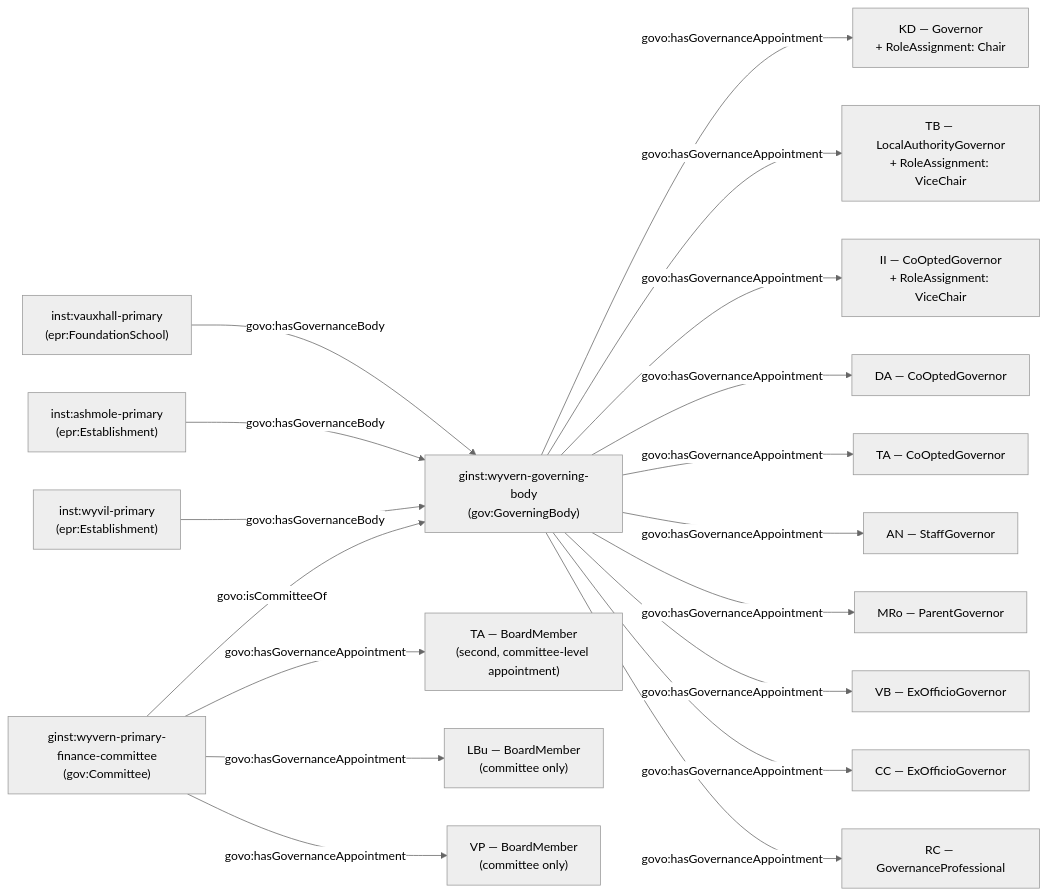
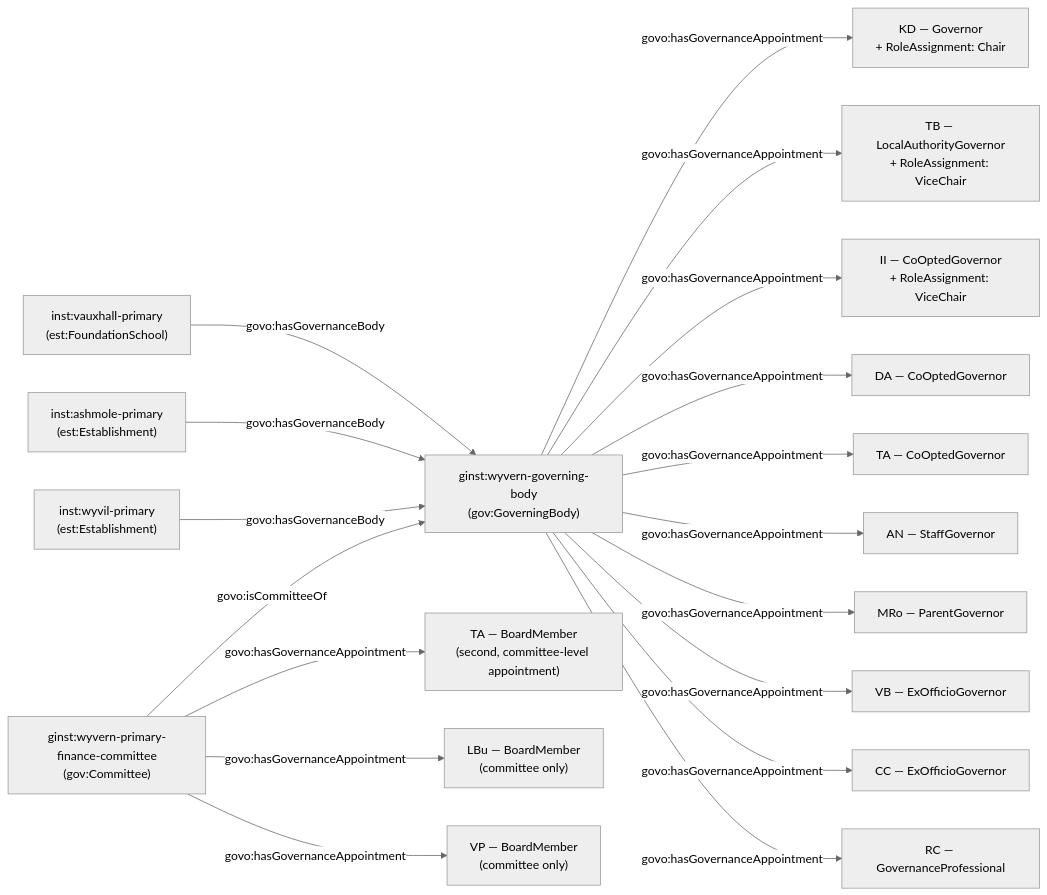
The second of 2 diagrams in docs-site/content/models/governance/worked-examples/vauxhall-primary/index.md (DFE-Digital/education-provider-registry-docs), drawn with Mermaid (neutral theme) before and after one commit. The commit also changed other lines of this file and 42 other files, not shown here.

````diff
--- a/docs-site/content/models/governance/worked-examples/vauxhall-primary/index.md
+++ b/docs-site/content/models/governance/worked-examples/vauxhall-primary/index.md
@@ -89,28 +89,28 @@
 ```mermaid
 flowchart LR
-    V["inst:vauxhall-primary<br/>(epr:FoundationSchool)"]
-    A["inst:ashmole-primary<br/>(epr:Establishment)"]
-    W["inst:wyvil-primary<br/>(epr:Establishment)"]
+    V["inst:vauxhall-primary<br/>(est:FoundationSchool)"]
+    A["inst:ashmole-primary<br/>(est:Establishment)"]
+    W["inst:wyvil-primary<br/>(est:Establishment)"]
     GB["ginst:wyvern-governing-body<br/>(gov:GoverningBody)"]
 
     V -->|govo:hasGovernanceBody| GB
     A -->|govo:hasGovernanceBody| GB
     W -->|govo:hasGovernanceBody| GB
 
     GB -->|govo:hasGovernanceAppointment| G1["KD — Governor<br/>+ RoleAssignment: Chair"]
     GB -->|govo:hasGovernanceAppointment| G2["TB — LocalAuthorityGovernor<br/>+ RoleAssignment: ViceChair"]
     GB -->|govo:hasGovernanceAppointment| G3["II — CoOptedGovernor<br/>+ RoleAssignment: ViceChair"]
     GB -->|govo:hasGovernanceAppointment| G4["DA — CoOptedGovernor"]
     GB -->|govo:hasGovernanceAppointment| G5["TA — CoOptedGovernor"]
     GB -->|govo:hasGovernanceAppointment| G6["AN — StaffGovernor"]
     GB -->|govo:hasGovernanceAppointment| G7["MRo — ParentGovernor"]
     GB -->|govo:hasGovernanceAppointment| G8["VB — ExOfficioGovernor"]
     GB -->|govo:hasGovernanceAppointment| G9["CC — ExOfficioGovernor"]
     GB -->|govo:hasGovernanceAppointment| P1["RC — GovernanceProfessional"]
 
     PFC["ginst:wyvern-primary-finance-committee<br/>(gov:Committee)"]
     PFC -->|govo:isCommitteeOf| GB
     PFC -->|govo:hasGovernanceAppointment| C1["TA — BoardMember<br/>(second, committee-level appointment)"]
     PFC -->|govo:hasGovernanceAppointment| C2["LBu — BoardMember<br/>(committee only)"]
     PFC -->|govo:hasGovernanceAppointment| C3["VP — BoardMember<br/>(committee only)"]
 ```
````
